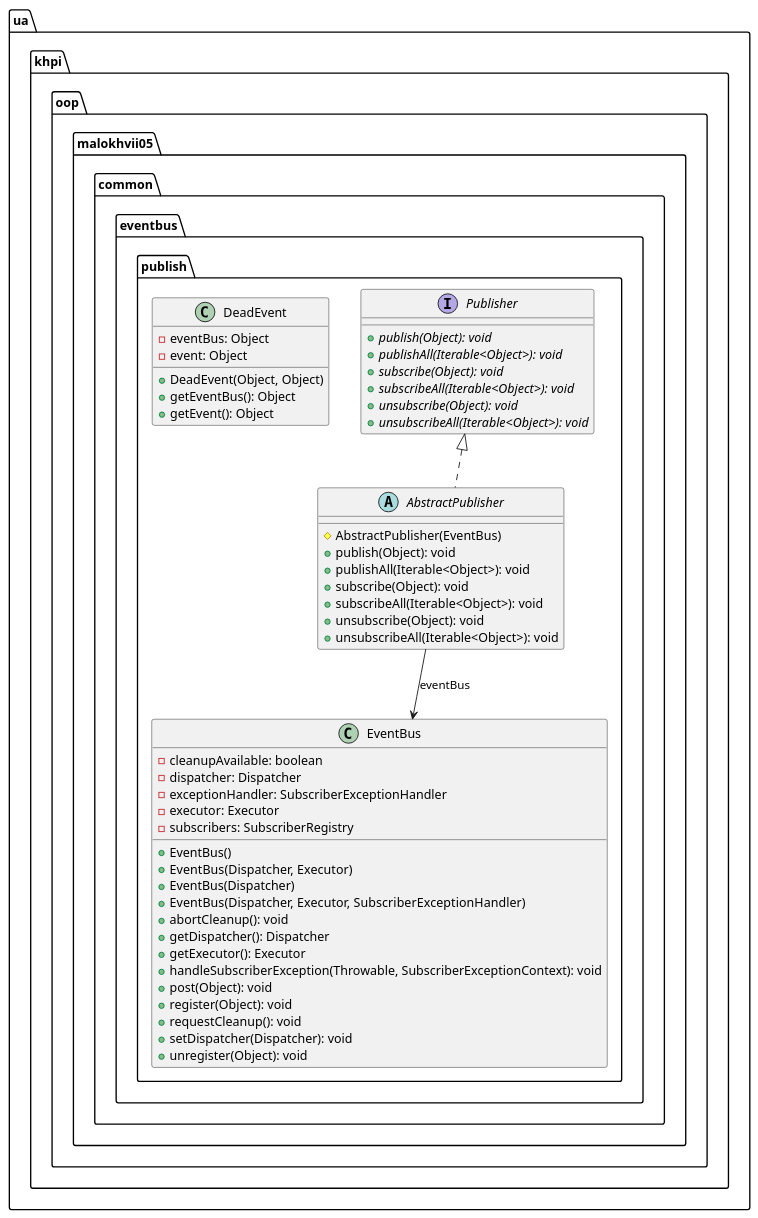
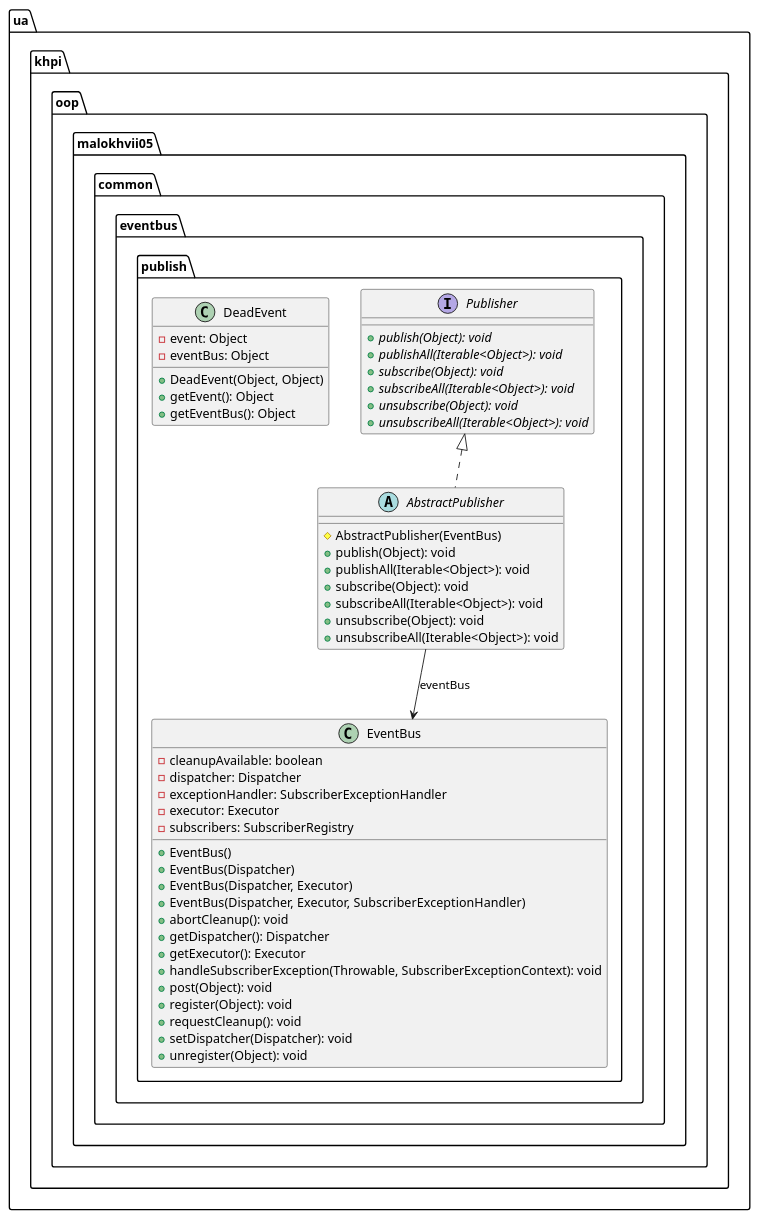
Before and after one commit to P-Kalin/kit26a: the diagram in malokhvii-eduard/malokhvii05/doc/plantuml/ua/khpi/oop/malokhvii05/common/eventbus/publish/package.puml, drawn with PlantUML. The commit also changed other lines of this file and 85 other files, not shown here.

Commit message:
#3 malokhvii05: update graphs

```diff
--- a/malokhvii-eduard/malokhvii05/doc/plantuml/ua/khpi/oop/malokhvii05/common/eventbus/publish/package.puml
+++ b/malokhvii-eduard/malokhvii05/doc/plantuml/ua/khpi/oop/malokhvii05/common/eventbus/publish/package.puml
@@ -1,59 +1,59 @@
 @startuml
 
     namespace ua.khpi.oop.malokhvii05.common.eventbus.publish {
 
         abstract class AbstractPublisher {
             #AbstractPublisher(EventBus)
             +publish(Object): void
             +publishAll(Iterable<Object>): void
             +subscribe(Object): void
             +subscribeAll(Iterable<Object>): void
             +unsubscribe(Object): void
             +unsubscribeAll(Iterable<Object>): void
         }
 
         class EventBus {
             -cleanupAvailable: boolean
             -dispatcher: Dispatcher
             -exceptionHandler: SubscriberExceptionHandler
             -executor: Executor
             -subscribers: SubscriberRegistry
             +EventBus()
+            +EventBus(Dispatcher)
             +EventBus(Dispatcher, Executor)
-            +EventBus(Dispatcher)
             +EventBus(Dispatcher, Executor, SubscriberExceptionHandler)
             +abortCleanup(): void
             +getDispatcher(): Dispatcher
             +getExecutor(): Executor
             +handleSubscriberException(Throwable, SubscriberExceptionContext): void
             +post(Object): void
             +register(Object): void
             +requestCleanup(): void
             +setDispatcher(Dispatcher): void
             +unregister(Object): void
         }
 
         interface Publisher {
             {abstract} +publish(Object): void
             {abstract} +publishAll(Iterable<Object>): void
             {abstract} +subscribe(Object): void
             {abstract} +subscribeAll(Iterable<Object>): void
             {abstract} +unsubscribe(Object): void
             {abstract} +unsubscribeAll(Iterable<Object>): void
         }
 
         class DeadEvent {
+            -event: Object
             -eventBus: Object
-            -event: Object
             +DeadEvent(Object, Object)
+            +getEvent(): Object
             +getEventBus(): Object
-            +getEvent(): Object
         }
 
         Publisher <|.. AbstractPublisher
 
         AbstractPublisher --> EventBus: eventBus
 
     }
 
 @enduml
```
